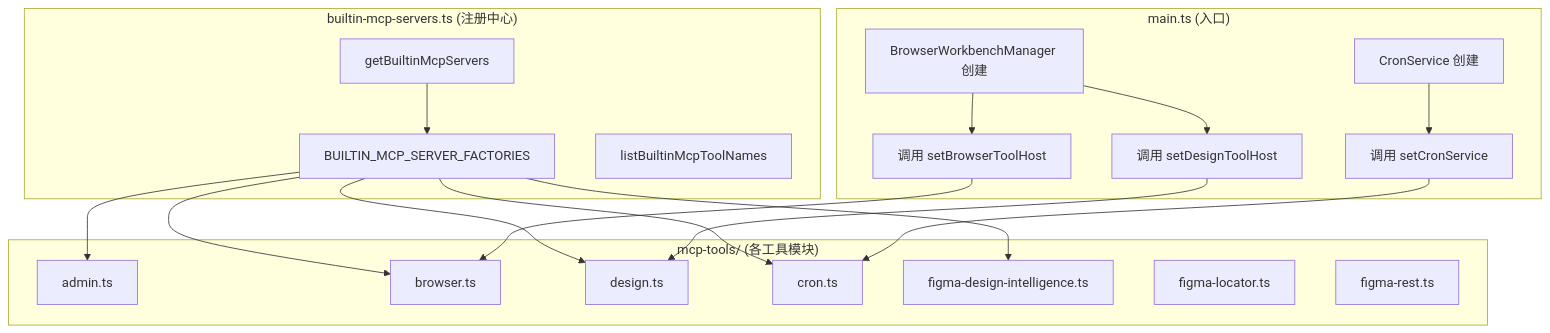
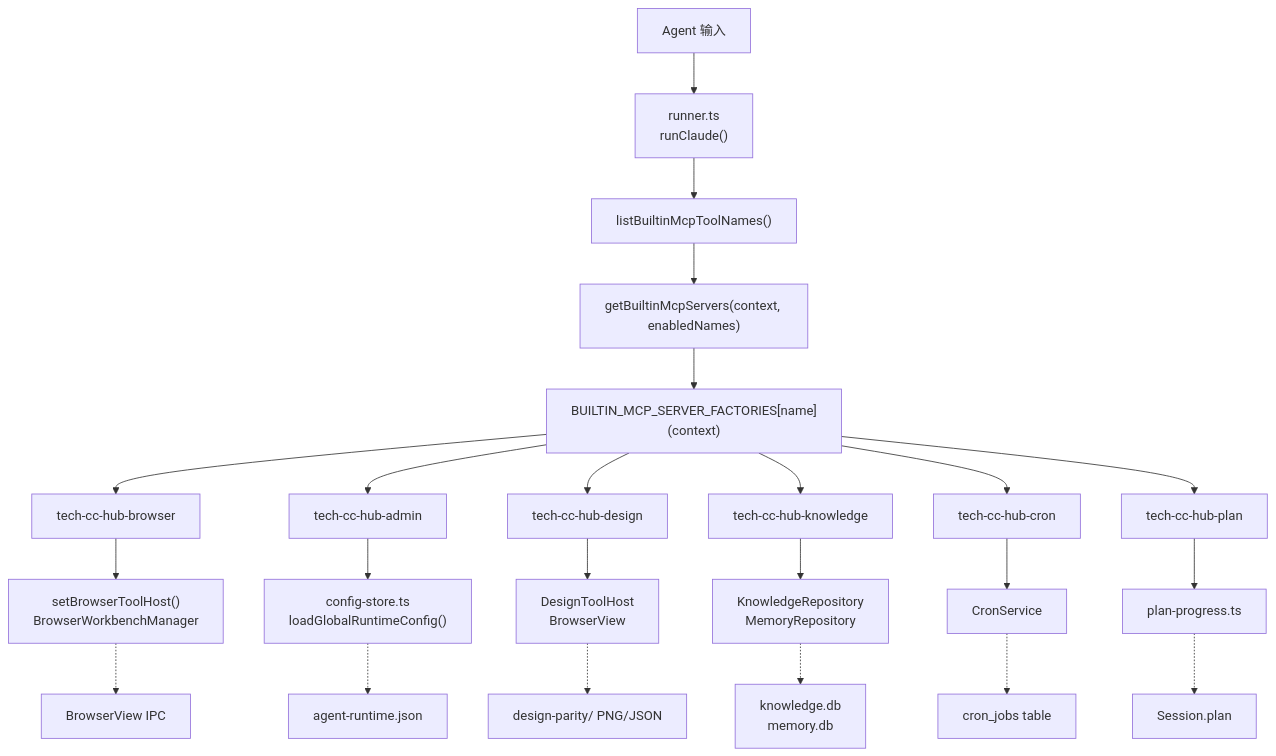
One commit to lst016/tech-cc-hub changed the diagram in .tech/repowiki/zh/content/核心模块规格/MCP 工具系统总览/MCP 工具系统总览.md. Above: the diagram before and after it, drawn with Mermaid. The commit also changed other lines of this file and 195 other files, not shown here.

````diff
--- a/.tech/repowiki/zh/content/核心模块规格/MCP 工具系统总览/MCP 工具系统总览.md
+++ b/.tech/repowiki/zh/content/核心模块规格/MCP 工具系统总览/MCP 工具系统总览.md
@@ -46,39 +227,25 @@
 ```mermaid
-flowchart TD
-    subgraph main.ts["main.ts (入口)"]
-        A[BrowserWorkbenchManager 创建]
-        B[CronService 创建]
-        C[调用 setBrowserToolHost]
-        D[调用 setDesignToolHost]
-        E[调用 setCronService]
-    end
-
-    subgraph builtin-mcp-servers["builtin-mcp-servers.ts (注册中心)"]
-        F[getBuiltinMcpServers]
-        G[BUILTIN_MCP_SERVER_FACTORIES]
-        H[listBuiltinMcpToolNames]
-    end
-
-    subgraph mcp-tools["mcp-tools/ (各工具模块)"]
-        I[admin.ts]
-        J[browser.ts]
-        K[design.ts]
-        L[cron.ts]
-        M[figma-design-intelligence.ts]
-        N[figma-locator.ts]
-        O[figma-rest.ts]
-    end
-
-    A --> C
-    A --> D
-    B --> E
-    F --> G
-    G --> I
-    G --> J
-    G --> K
-    G --> L
-    G --> M
-    C --> J
-    D --> K
-    E --> L
+flowchart TB
+    A["Agent 输入"] --> B["runner.ts<br/>runClaude()"]
+    B --> C["listBuiltinMcpToolNames()"]
+    C --> D["getBuiltinMcpServers(context, enabledNames)"]
+    D --> E["BUILTIN_MCP_SERVER_FACTORIES[name](context)"]
+    E --> F1["tech-cc-hub-browser"]
+    E --> F2["tech-cc-hub-admin"]
+    E --> F3["tech-cc-hub-design"]
+    E --> F4["tech-cc-hub-knowledge"]
+    E --> F5["tech-cc-hub-cron"]
+    E --> F6["tech-cc-hub-plan"]
+    F1 --> G1["setBrowserToolHost()<br/>BrowserWorkbenchManager"]
+    F2 --> G2["config-store.ts<br/>loadGlobalRuntimeConfig()"]
+    F3 --> G3["DesignToolHost<br/>BrowserView"]
+    F4 --> G4["KnowledgeRepository<br/>MemoryRepository"]
+    F5 --> G5["CronService"]
+    F6 --> G6["plan-progress.ts"]
+    G1 -.-> H1["BrowserView IPC"]
+    G2 -.-> H2["agent-runtime.json"]
+    G3 -.-> H3["design-parity/ PNG/JSON"]
+    G4 -.-> H4["knowledge.db<br/>memory.db"]
+    G5 -.-> H5["cron_jobs table"]
+    G6 -.-> H6["Session.plan"]
 ```
````
